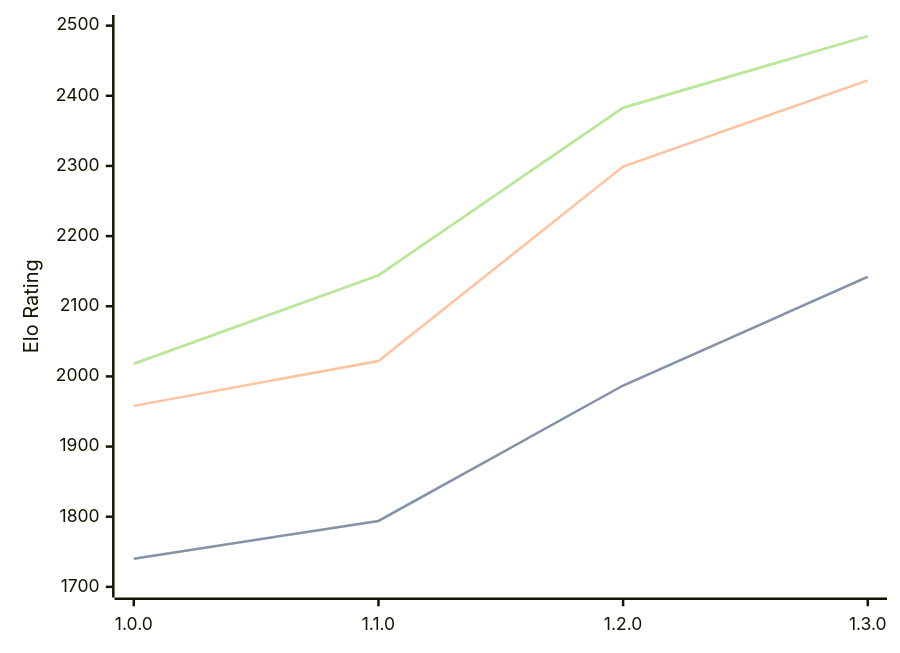
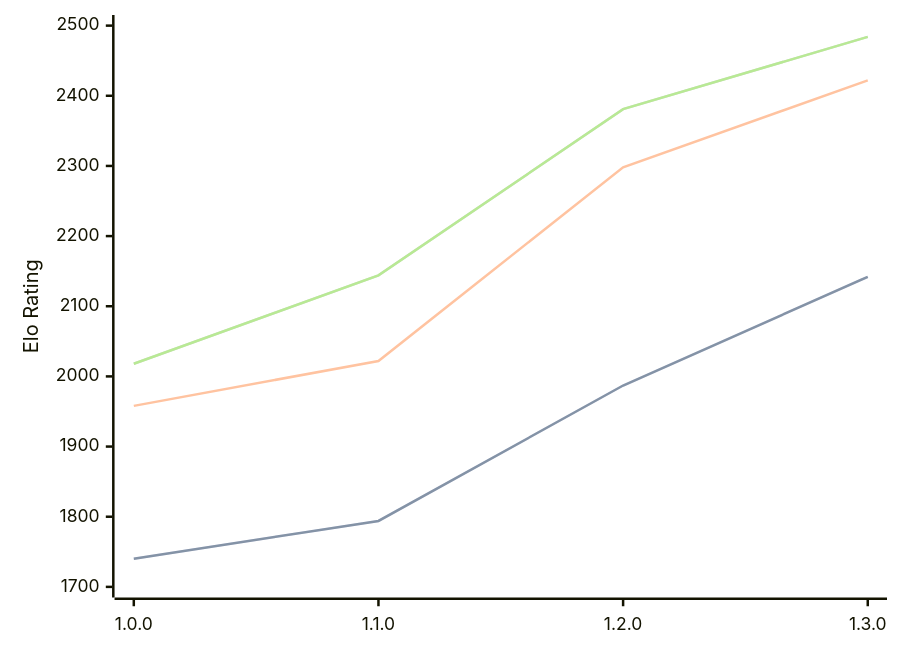
The third of 3 diagrams in engines/Anodos.md (computer-chess-index/cci), drawn with Mermaid before and after one commit. The commit also changed other lines of this file, not shown here.

Commit message:
Update CCI Ratings (ELO VLTC) - 2026-07-15

````diff
--- a/engines/Anodos.md
+++ b/engines/Anodos.md
@@ -78,11 +78,11 @@
 ```mermaid
 %%{init: {"theme":"base","themeVariables":{"seriesColors:['#a3a3a3','#222221','#faa371']}}}%%
 xychart-beta
   x-axis ["1.0.0", "1.1.0", "1.2.0", "1.3.0"]
   y-axis "Elo Rating" 1700 --> 2500
   line "STC (8.0+0.08s)" [1740, 1794, 1987, 2142]
   line "STC (8.0+0.08s)" [1740, 1794, 1987, 2142]
-  line "LTC (60.0+0.60s)" [1958, 2022, 2299, 2422]
-  line "VLTC (2m24s+1.12s)" [2018, 2144, 2383, 2485]
-  line "VLTC (2m24s+1.12s)" [2018, 2144, 2383, 2485]
+  line "LTC (60.0+0.60s)" [1958, 2022, 2298, 2422]
+  line "VLTC (2m24s+1.12s)" [2018, 2144, 2381, 2484]
+  line "VLTC (2m24s+1.12s)" [2018, 2144, 2381, 2484]
 ```
````
